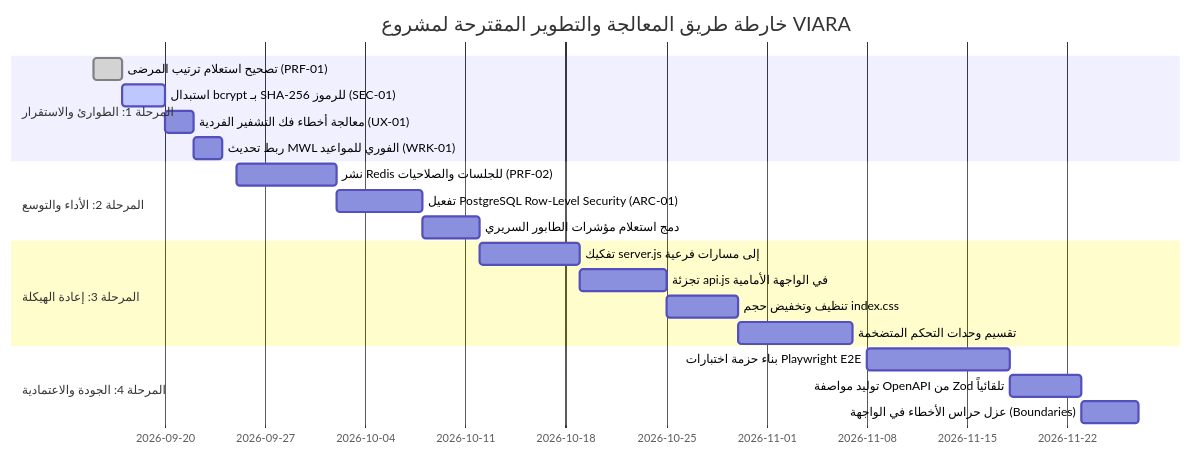
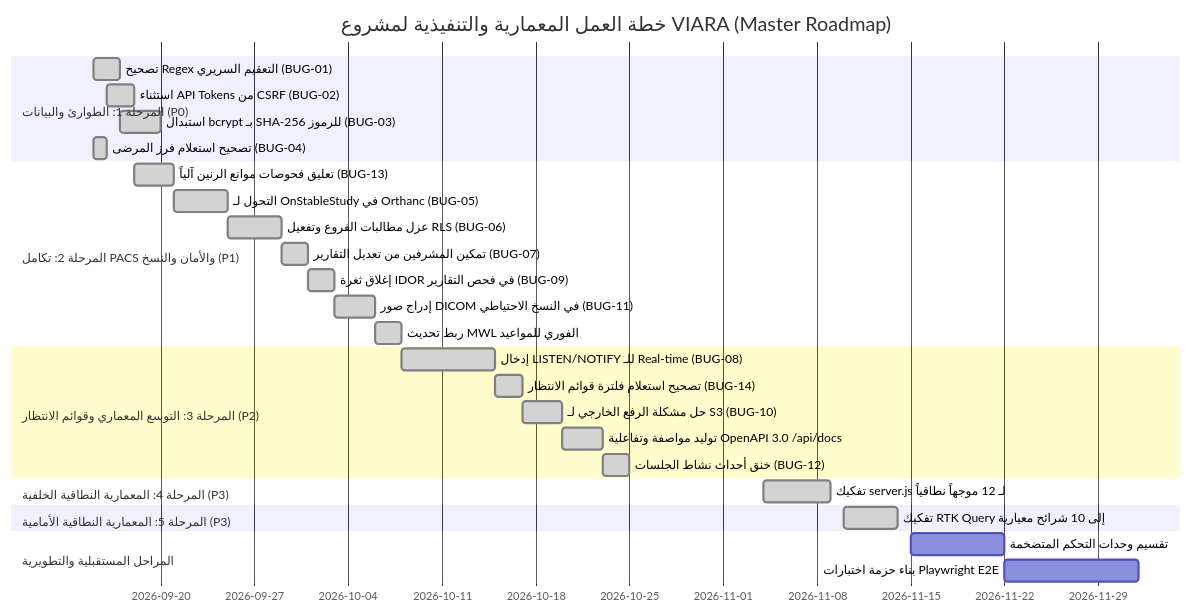
The diagram in TECHNICAL_REVIEW_REPORT.md (abdo-elshaikh/VIARA-RCMS), drawn with Mermaid before and after one commit. The commit also changed other lines of this file and 94 other files, not shown here.

First line of the commit message:
feat(core): technical review remediation and architectural modernization

````diff
--- a/TECHNICAL_REVIEW_REPORT.md
+++ b/TECHNICAL_REVIEW_REPORT.md
@@ -340,23 +390,31 @@
 ```mermaid
 gantt
-    title خارطة طريق المعالجة والتطوير المقترحة لمشروع VIARA
+    title خطة العمل المعمارية والتنفيذية لمشروع VIARA (Master Roadmap)
     dateFormat  YYYY-MM-DD
-    section المرحلة 1: الطوارئ والاستقرار
-    تصحيح استعلام ترتيب المرضى (PRF-01)          :done,    p1_1, 2026-09-15, 2d
-    استبدال bcrypt بـ SHA-256 للرموز (SEC-01)    :active,  p1_2, 2026-09-17, 3d
-    معالجة أخطاء فك التشفير الفردية (UX-01)        :         p1_3, 2026-09-20, 2d
-    ربط تحديث MWL الفوري للمواعيد (WRK-01)        :         p1_4, 2026-09-22, 2d
-    section المرحلة 2: الأداء والتوسع
-    نشر Redis للجلسات والصلاحيات (PRF-02)        :         p2_1, 2026-09-25, 7d
-    تفعيل PostgreSQL Row-Level Security (ARC-01) :         p2_2, 2026-10-02, 6d
-    دمج استعلام مؤشرات الطابور السريري           :         p2_3, 2026-10-08, 4d
-    section المرحلة 3: إعادة الهيكلة
-    تفكيك server.js إلى مسارات فرعية             :         p3_1, 2026-10-12, 7d
-    تجزئة api.js في الواجهة الأمامية             :         p3_2, 2026-10-19, 6d
-    تنظيف وتخفيض حجم index.css                   :         p3_3, 2026-10-25, 5d
-    تقسيم وحدات التحكم المتضخمة                  :         p3_4, 2026-10-30, 8d
-    section المرحلة 4: الجودة والاعتمادية
-    بناء حزمة اختبارات Playwright E2E             :         p4_1, 2026-11-08, 10d
-    توليد مواصفة OpenAPI من Zod تلقائياً         :         p4_2, 2026-11-18, 5d
-    عزل حراس الأخطاء في الواجهة (Boundaries)     :         p4_3, 2026-11-23, 4d
+    section المرحلة 1: الطوارئ والبيانات (P0)
+    تصحيح Regex التعقيم السريري (BUG-01)        :done,    p1_1, 2026-09-15, 2d
+    استثناء API Tokens من CSRF (BUG-02)          :done,    p1_2, 2026-09-16, 2d
+    استبدال bcrypt بـ SHA-256 للرموز (BUG-03)   :done,    p1_3, 2026-09-17, 3d
+    تصحيح استعلام فرز المرضى (BUG-04)            :done,    p1_4, 2026-09-15, 1d
+    section المرحلة 2: تكامل PACS والأمان والنسخ (P1)
+    تعليق فحوصات موانع الرنين آلياً (BUG-13)   :done,    p2_1, 2026-09-18, 3d
+    التحول لـ OnStableStudy في Orthanc (BUG-05)  :done,    p2_2, 2026-09-21, 4d
+    عزل مطالبات الفروع وتفعيل RLS (BUG-06)       :done,    p2_3, 2026-09-25, 4d
+    تمكين المشرفين من تعديل التقارير (BUG-07)   :done,    p2_4, 2026-09-29, 2d
+    إغلاق ثغرة IDOR في فحص التقارير (BUG-09)    :done,    p2_5, 2026-10-01, 2d
+    إدراج صور DICOM في النسخ الاحتياطي (BUG-11) :done,    p2_6, 2026-10-03, 3d
+    ربط تحديث MWL الفوري للمواعيد                :done,    p2_7, 2026-10-06, 2d
+    section المرحلة 3: التوسع المعماري وقوائم الانتظار (P2)
+    إدخال LISTEN/NOTIFY للـ Real-time (BUG-08)   :done,    p3_1, 2026-10-08, 7d
+    تصحيح استعلام فلترة قوائم الانتظار (BUG-14)  :done,    p3_2, 2026-10-15, 2d
+    حل مشكلة الرفع الخارجي لـ S3 (BUG-10)        :done,    p3_3, 2026-10-17, 3d
+    توليد مواصفة وتفاعلية OpenAPI 3.0 /api/docs :done,    p3_4, 2026-10-20, 3d
+    خنق أحداث نشاط الجلسات (BUG-12)             :done,    p3_5, 2026-10-23, 2d
+    section المرحلة 4: المعمارية النطاقية الخلفية (P3)
+    تفكيك server.js لـ 12 موجهاً نطاقياً        :done,    p4_1, 2026-11-04, 5d
+    section المرحلة 5: المعمارية النطاقية الأمامية (P3)
+    تفكيك RTK Query إلى 10 شرائح معيارية        :done,    p5_1, 2026-11-10, 4d
+    section المراحل المستقبلية والتطويرية
+    تقسيم وحدات التحكم المتضخمة                  :         p6_1, 2026-11-15, 7d
+    بناء حزمة اختبارات Playwright E2E             :         p6_2, 2026-11-22, 10d
 ```
````
